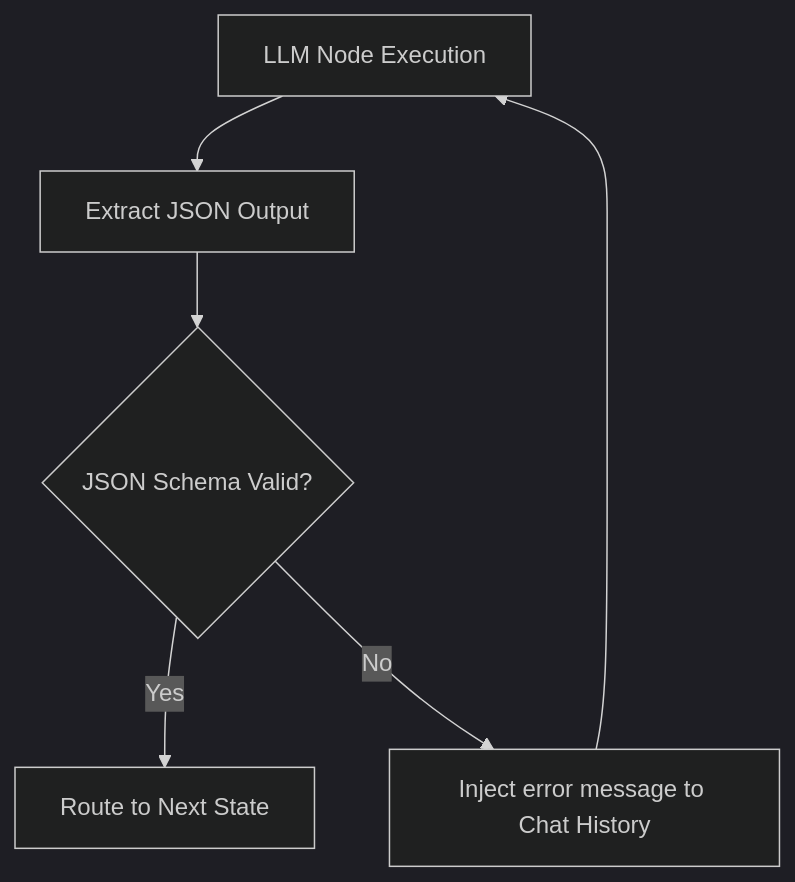
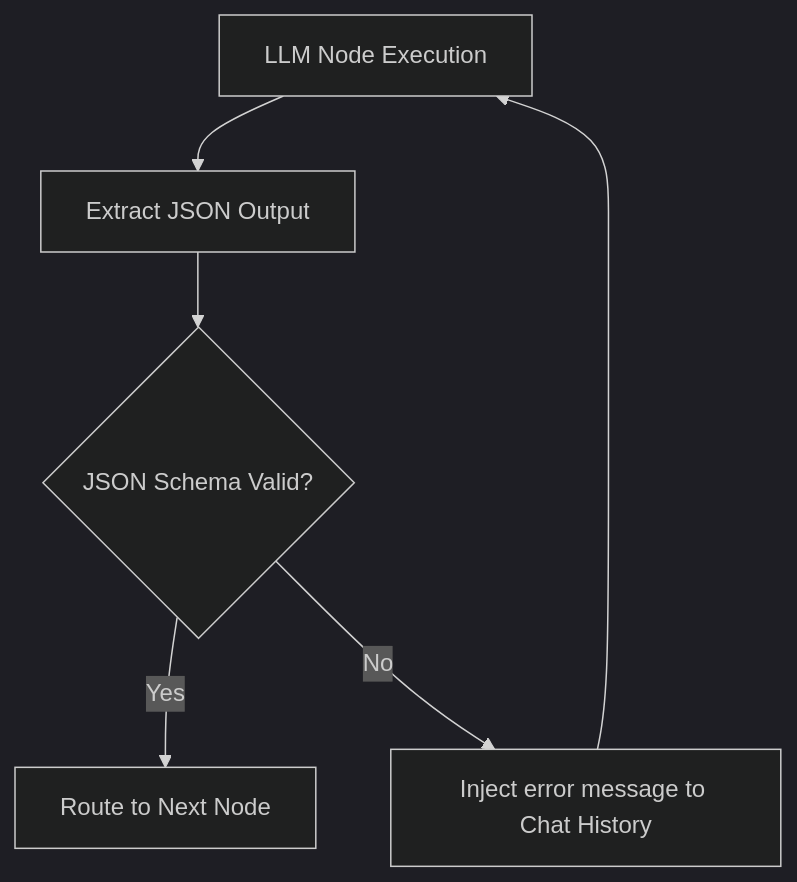
One commit to cedarrocket/langgraph_skills changed the second of 2 diagrams in README.md. Above: the diagram before and after it, drawn with Mermaid (dark theme). The commit also changed other lines of this file and 44 other files, not shown here.

````diff
--- a/README.md
+++ b/README.md
@@ -167,8 +167,8 @@
 ```mermaid
 graph TD
     LLM[LLM Node Execution] --> Parse[Extract JSON Output]
     Parse --> Validate{JSON Schema Valid?}
-    Validate -->|Yes| Next[Route to Next State]
+    Validate -->|Yes| Next[Route to Next Node]
     Validate -->|No| Inject[Inject error message to Chat History]
     Inject --> LLM
 ```
````
